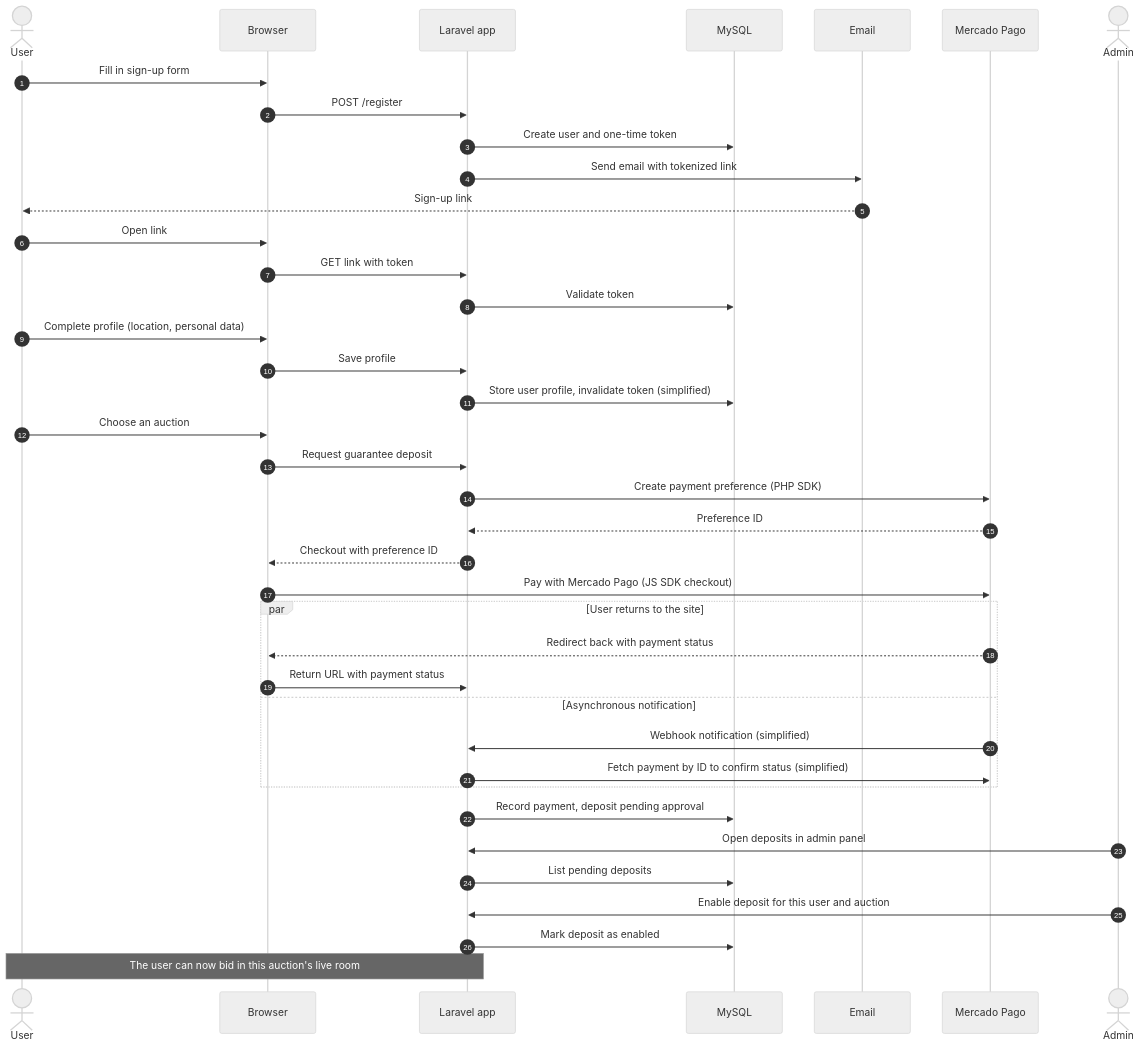
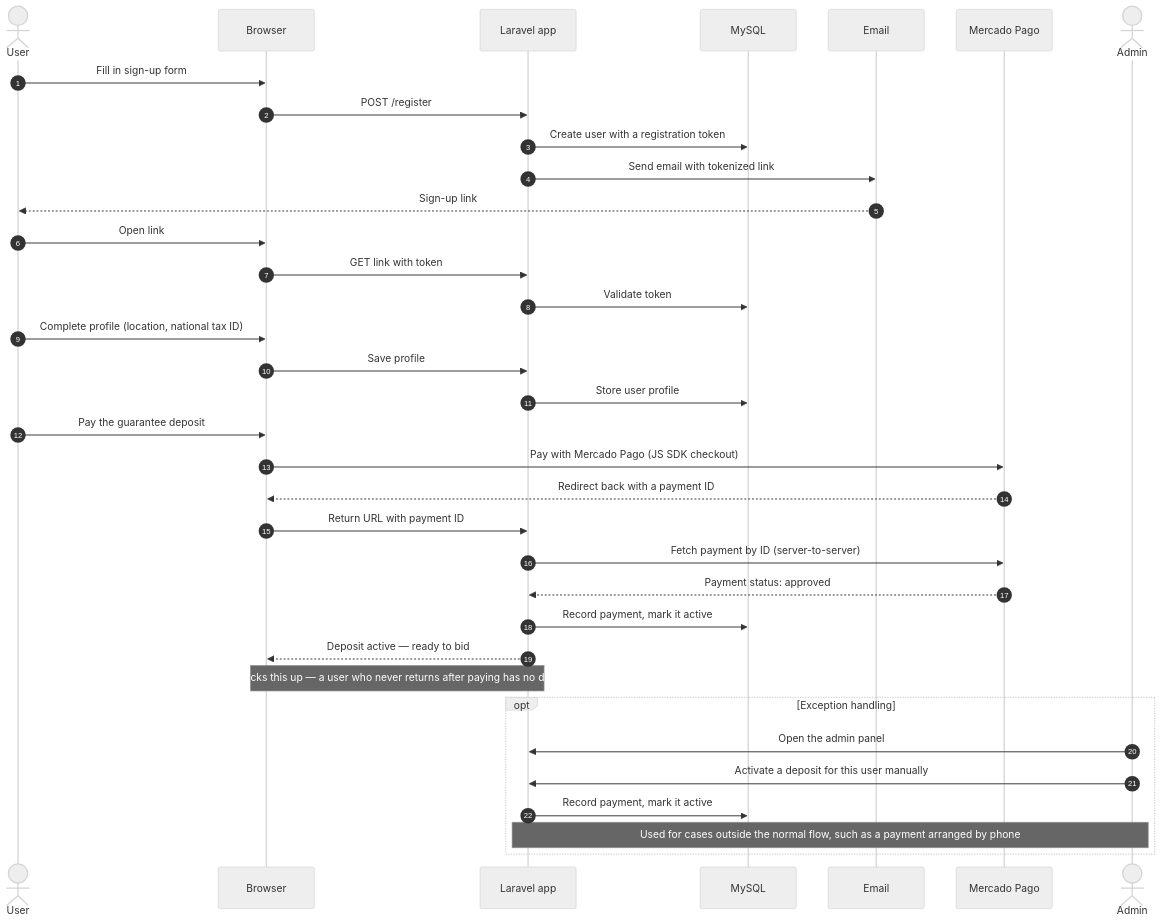
One commit to leonelquiroga/case-study-online-auctions changed the second of 3 diagrams in docs/flows.md. Above: the diagram before and after it, drawn with Mermaid (neutral theme). The commit also changed other lines of this file and 3 other files, not shown here.

````diff
--- a/docs/flows.md
+++ b/docs/flows.md
@@ -60,45 +46,40 @@
 ```mermaid
 sequenceDiagram
     autonumber
     actor U as User
     participant B as Browser
     participant L as Laravel app
     participant DB as MySQL
     participant E as Email
     participant MP as Mercado Pago
     actor A as Admin
 
     U->>B: Fill in sign-up form
     B->>L: POST /register
-    L->>DB: Create user and one-time token
+    L->>DB: Create user with a registration token
     L->>E: Send email with tokenized link
     E-->>U: Sign-up link
     U->>B: Open link
     B->>L: GET link with token
     L->>DB: Validate token
-    U->>B: Complete profile (location, personal data)
+    U->>B: Complete profile (location, national tax ID)
     B->>L: Save profile
-    L->>DB: Store user profile, invalidate token (simplified)
+    L->>DB: Store user profile
 
-    U->>B: Choose an auction
-    B->>L: Request guarantee deposit
-    L->>MP: Create payment preference (PHP SDK)
-    MP-->>L: Preference ID
-    L-->>B: Checkout with preference ID
+    U->>B: Pay the guarantee deposit
     B->>MP: Pay with Mercado Pago (JS SDK checkout)
+    MP-->>B: Redirect back with a payment ID
+    B->>L: Return URL with payment ID
+    L->>MP: Fetch payment by ID (server-to-server)
+    MP-->>L: Payment status: approved
+    L->>DB: Record payment, mark it active
+    L-->>B: Deposit active — ready to bid
+    Note over B,L: No webhook backs this up — a user who never returns after paying has no deposit recorded
 
-    par User returns to the site
-        MP-->>B: Redirect back with payment status
-        B->>L: Return URL with payment status
-    and Asynchronous notification
-        MP->>L: Webhook notification (simplified)
-        L->>MP: Fetch payment by ID to confirm status (simplified)
+    opt Exception handling
+        A->>L: Open the admin panel
+        A->>L: Activate a deposit for this user manually
+        L->>DB: Record payment, mark it active
+        Note over A,L: Used for cases outside the normal flow, such as a payment arranged by phone
     end
-    L->>DB: Record payment, deposit pending approval
-
-    A->>L: Open deposits in admin panel
-    L->>DB: List pending deposits
-    A->>L: Enable deposit for this user and auction
-    L->>DB: Mark deposit as enabled
-    Note over U,L: The user can now bid in this auction's live room
 ```
````
